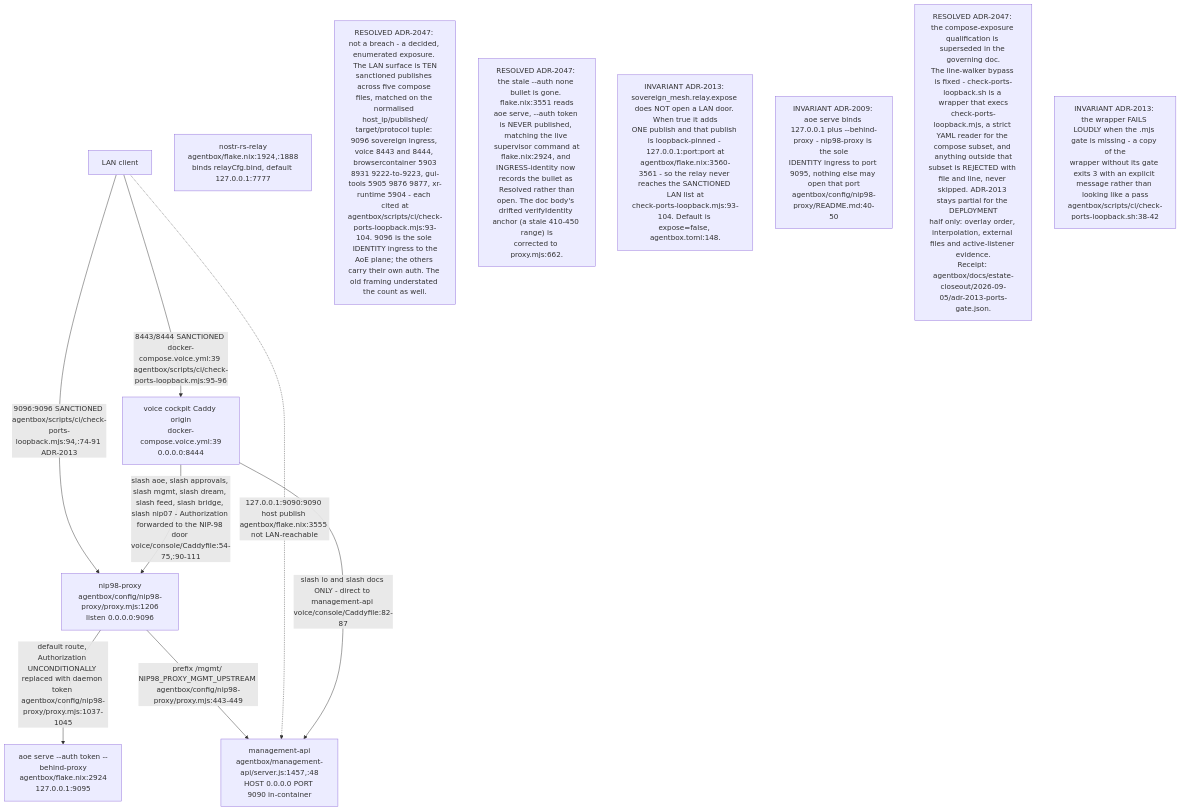
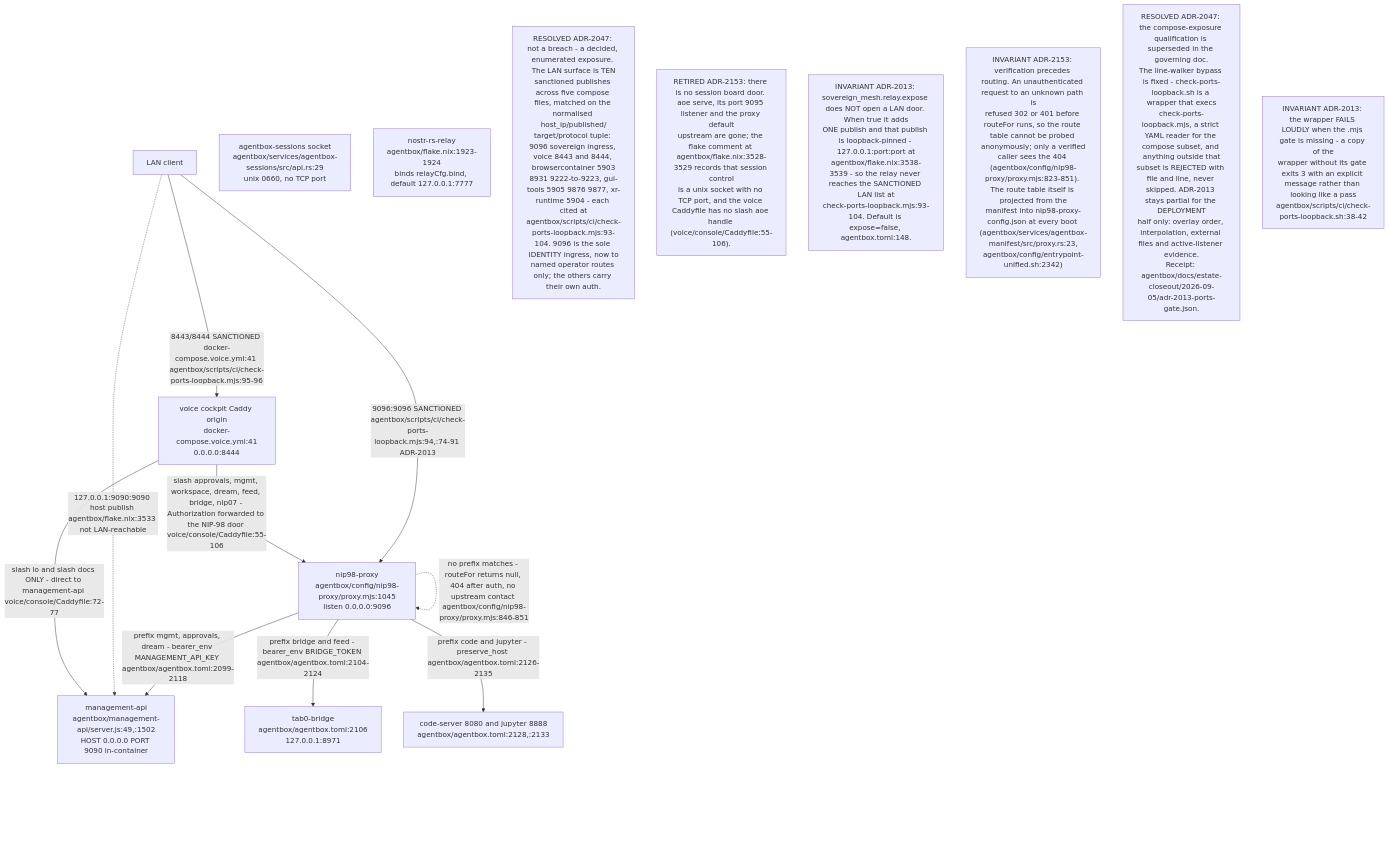
Before and after one commit to DreamLab-AI/VisionFlow: the first of 13 diagrams in docs/diagrams/agentbox/10-ingress-nip98-proxy-and-aoe.md, drawn with Mermaid. The commit also changed other lines of this file and 145 other files, not shown here.

````diff
--- a/docs/diagrams/agentbox/10-ingress-nip98-proxy-and-aoe.md
+++ b/docs/diagrams/agentbox/10-ingress-nip98-proxy-and-aoe.md
@@ -39,24 +45,28 @@
 ```mermaid
 flowchart TB
     LAN["LAN client"]
-    P9096["nip98-proxy<br/>agentbox/config/nip98-proxy/proxy.mjs:1206<br/>listen 0.0.0.0:9096"]
-    AOE9095["aoe serve --auth token --behind-proxy<br/>agentbox/flake.nix:2924<br/>127.0.0.1:9095"]
-    MGMT9090["management-api<br/>agentbox/management-api/server.js:1457,:48<br/>HOST 0.0.0.0 PORT 9090 in-container"]
-    RELAY7777["nostr-rs-relay<br/>agentbox/flake.nix:1924,:1888<br/>binds relayCfg.bind, default 127.0.0.1:7777"]
-    VOICE8444["voice cockpit Caddy origin<br/>docker-compose.voice.yml:39<br/>0.0.0.0:8444"]
+    P9096["nip98-proxy<br/>agentbox/config/nip98-proxy/proxy.mjs:1045<br/>listen 0.0.0.0:9096"]
+    MGMT9090["management-api<br/>agentbox/management-api/server.js:49,:1502<br/>HOST 0.0.0.0 PORT 9090 in-container"]
+    BRIDGE8971["tab0-bridge<br/>agentbox/agentbox.toml:2106<br/>127.0.0.1:8971"]
+    IDE["code-server 8080 and jupyter 8888<br/>agentbox/agentbox.toml:2128,:2133"]
+    SOCK["agentbox-sessions socket<br/>agentbox/services/agentbox-sessions/src/api.rs:29<br/>unix 0660, no TCP port"]
+    RELAY7777["nostr-rs-relay<br/>agentbox/flake.nix:1923-1924<br/>binds relayCfg.bind, default 127.0.0.1:7777"]
+    VOICE8444["voice cockpit Caddy origin<br/>docker-compose.voice.yml:41<br/>0.0.0.0:8444"]
 
     LAN -->|"9096:9096 SANCTIONED agentbox/scripts/ci/check-ports-loopback.mjs:94,:74-91 ADR-2013"| P9096
-    P9096 -->|"default route, Authorization UNCONDITIONALLY replaced with daemon token agentbox/config/nip98-proxy/proxy.mjs:1037-1045"| AOE9095
-    P9096 -->|"prefix /mgmt/ NIP98_PROXY_MGMT_UPSTREAM agentbox/config/nip98-proxy/proxy.mjs:443-449"| MGMT9090
-    LAN -.->|"127.0.0.1:9090:9090 host publish agentbox/flake.nix:3555 not LAN-reachable"| MGMT9090
-    LAN -->|"8443/8444 SANCTIONED docker-compose.voice.yml:39 agentbox/scripts/ci/check-ports-loopback.mjs:95-96"| VOICE8444
-    VOICE8444 -->|"slash lo and slash docs ONLY - direct to management-api voice/console/Caddyfile:82-87"| MGMT9090
-    VOICE8444 -->|"slash aoe, slash approvals, slash mgmt, slash dream, slash feed, slash bridge, slash nip07 - Authorization forwarded to the NIP-98 door voice/console/Caddyfile:54-75,:90-111"| P9096
+    P9096 -->|"prefix mgmt, approvals, dream - bearer_env MANAGEMENT_API_KEY agentbox/agentbox.toml:2099-2118"| MGMT9090
+    P9096 -->|"prefix bridge and feed - bearer_env BRIDGE_TOKEN agentbox/agentbox.toml:2104-2124"| BRIDGE8971
+    P9096 -->|"prefix code and jupyter - preserve_host agentbox/agentbox.toml:2126-2135"| IDE
+    P9096 -.->|"no prefix matches - routeFor returns null, 404 after auth, no upstream contact agentbox/config/nip98-proxy/proxy.mjs:846-851"| P9096
+    LAN -.->|"127.0.0.1:9090:9090 host publish agentbox/flake.nix:3533 not LAN-reachable"| MGMT9090
+    LAN -->|"8443/8444 SANCTIONED docker-compose.voice.yml:41 agentbox/scripts/ci/check-ports-loopback.mjs:95-96"| VOICE8444
+    VOICE8444 -->|"slash lo and slash docs ONLY - direct to management-api voice/console/Caddyfile:72-77"| MGMT9090
+    VOICE8444 -->|"slash approvals, mgmt, workspace, dream, feed, bridge, nip07 - Authorization forwarded to the NIP-98 door voice/console/Caddyfile:55-106"| P9096
 
-N1["RESOLVED ADR-2047: not a breach - a decided, enumerated exposure. The LAN surface is TEN<br/>sanctioned publishes across five compose files, matched on the normalised host_ip/published/<br/>target/protocol tuple: 9096 sovereign ingress, voice 8443 and 8444, browsercontainer 5903<br/>8931 9222-to-9223, gui-tools 5905 9876 9877, xr-runtime 5904 - each cited at<br/>agentbox/scripts/ci/check-ports-loopback.mjs:93-104. 9096 is the sole IDENTITY ingress to the<br/>AoE plane; the others carry their own auth. The old framing understated the count as well."]
-N2["RESOLVED ADR-2047: the stale --auth none bullet is gone. flake.nix:3551 reads<br/>aoe serve, --auth token is NEVER published, matching the live supervisor command at<br/>flake.nix:2924, and INGRESS-identity now records the bullet as Resolved rather than<br/>open. The doc body's drifted verifyIdentity anchor (a stale 410-450 range) is<br/>corrected to proxy.mjs:662."]
-N6["INVARIANT ADR-2013: sovereign_mesh.relay.expose does NOT open a LAN door. When true it adds<br/>ONE publish and that publish is loopback-pinned - 127.0.0.1:port:port at<br/>agentbox/flake.nix:3560-3561 - so the relay never reaches the SANCTIONED LAN list at<br/>check-ports-loopback.mjs:93-104. Default is expose=false, agentbox.toml:148."]
-N3["INVARIANT ADR-2009: aoe serve binds 127.0.0.1 plus --behind-proxy - nip98-proxy is the sole<br/>IDENTITY ingress to port 9095, nothing else may open that port<br/>agentbox/config/nip98-proxy/README.md:40-50"]
+N1["RESOLVED ADR-2047: not a breach - a decided, enumerated exposure. The LAN surface is TEN<br/>sanctioned publishes across five compose files, matched on the normalised host_ip/published/<br/>target/protocol tuple: 9096 sovereign ingress, voice 8443 and 8444, browsercontainer 5903<br/>8931 9222-to-9223, gui-tools 5905 9876 9877, xr-runtime 5904 - each cited at<br/>agentbox/scripts/ci/check-ports-loopback.mjs:93-104. 9096 is the sole IDENTITY ingress, now to<br/>named operator routes only; the others carry their own auth."]
+N2["RETIRED ADR-2153: there is no session board door. aoe serve, its port 9095 listener and the proxy default<br/>upstream are gone; the flake comment at agentbox/flake.nix:3528-3529 records that session control<br/>is a unix socket with no TCP port, and the voice Caddyfile has no slash aoe handle (voice/console/Caddyfile:55-106)."]
+N6["INVARIANT ADR-2013: sovereign_mesh.relay.expose does NOT open a LAN door. When true it adds<br/>ONE publish and that publish is loopback-pinned - 127.0.0.1:port:port at<br/>agentbox/flake.nix:3538-3539 - so the relay never reaches the SANCTIONED LAN list at<br/>check-ports-loopback.mjs:93-104. Default is expose=false, agentbox.toml:148."]
+N3["INVARIANT ADR-2153: verification precedes routing. An unauthenticated request to an unknown path is<br/>refused 302 or 401 before routeFor runs, so the route table cannot be probed anonymously; only a verified<br/>caller sees the 404 (agentbox/config/nip98-proxy/proxy.mjs:823-851). The route table itself is projected from the<br/>manifest into nip98-proxy-config.json at every boot (agentbox/services/agentbox-manifest/src/proxy.rs:23,<br/>agentbox/config/entrypoint-unified.sh:2342)"]
 N4["RESOLVED ADR-2047: the compose-exposure qualification is superseded in the governing doc.<br/>The line-walker bypass is fixed - check-ports-loopback.sh is a wrapper that execs<br/>check-ports-loopback.mjs, a strict YAML reader for the compose subset, and anything outside that<br/>subset is REJECTED with file and line, never skipped. ADR-2013 stays partial for the DEPLOYMENT<br/>half only: overlay order, interpolation, external files and active-listener evidence.<br/>Receipt: agentbox/docs/estate-closeout/2026-09-05/adr-2013-ports-gate.json."]
 N5["INVARIANT ADR-2013: the wrapper FAILS LOUDLY when the .mjs gate is missing - a copy of the<br/>wrapper without its gate exits 3 with an explicit message rather than looking like a pass<br/>agentbox/scripts/ci/check-ports-loopback.sh:38-42"]
 ```
````
